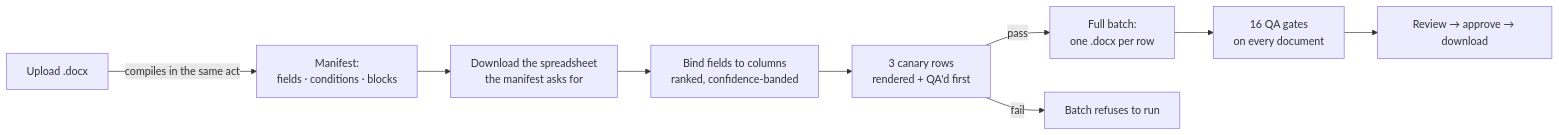
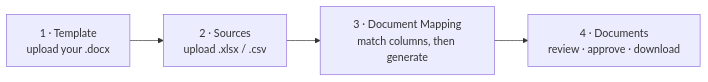
The diagram in README.md (pythometa1/docucraft-ai), drawn with Mermaid before and after one commit. The commit also changed other lines of this file and 141 other files, not shown here.

````diff
--- a/README.md
+++ b/README.md
@@ -66,11 +63,6 @@
 ```mermaid
 flowchart LR
-  A[Upload .docx] -->|compiles in the same act| B[Manifest:<br/>fields · conditions · blocks]
-  B --> C[Download the spreadsheet<br/>the manifest asks for]
-  C --> D[Bind fields to columns<br/>ranked, confidence-banded]
-  D --> E[3 canary rows<br/>rendered + QA'd first]
-  E -->|pass| F[Full batch:<br/>one .docx per row]
-  E -->|fail| G[Batch refuses to run]
-  F --> H[16 QA gates<br/>on every document]
-  H --> I[Review → approve → download]
+  A[1 · Template<br/>upload your .docx] --> B[2 · Sources<br/>upload .xlsx / .csv]
+  B --> C[3 · Document Mapping<br/>match columns, then generate]
+  C --> D[4 · Documents<br/>review · approve · download]
 ```
````
